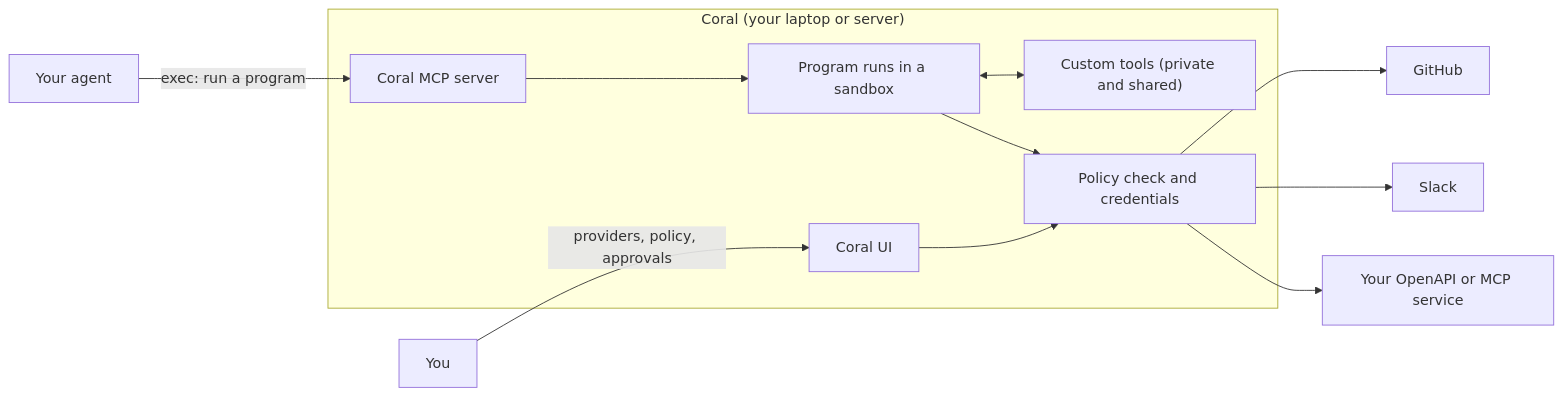
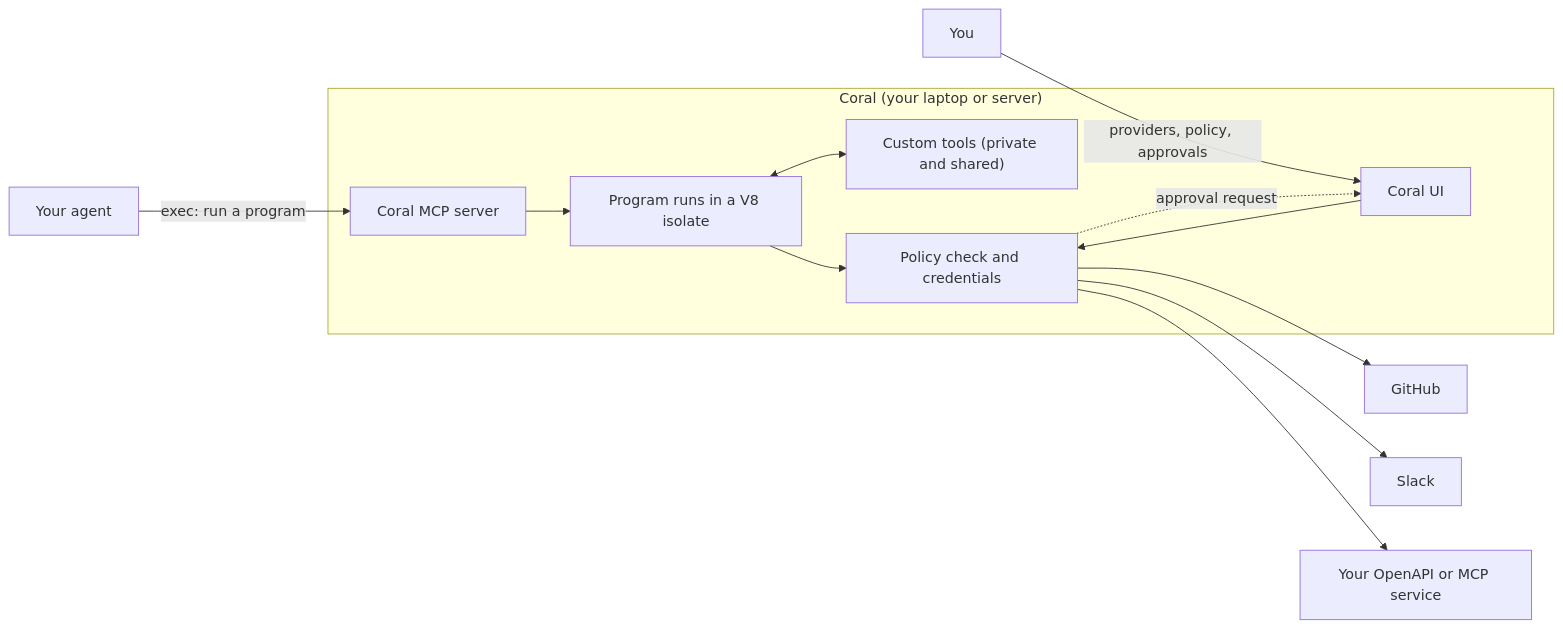
One commit to withcoral/coral changed the diagram in README.md. Above: the diagram before and after it, drawn with Mermaid. The commit also changed other lines of this file, not shown here.

````diff
--- a/README.md
+++ b/README.md
@@ -123,16 +146,17 @@
 ```mermaid
 graph LR
     Agent["Your agent"] -->|"exec: run a program"| MCP["Coral MCP server"]
     You["You"] -->|"providers, policy, approvals"| UI["Coral UI"]
 
     subgraph Coral["Coral (your laptop or server)"]
-        MCP --> Run["Program runs in a sandbox"]
+        MCP --> Run["Program runs in a V8 isolate"]
         Run <--> FN["Custom tools (private and shared)"]
         UI --> Gate["Policy check and credentials"]
         Run --> Gate
+        Gate -.->|"approval request"| UI
     end
 
     Gate --> GH["GitHub"]
     Gate --> SL["Slack"]
     Gate --> Own["Your OpenAPI or MCP service"]
 ```
````
